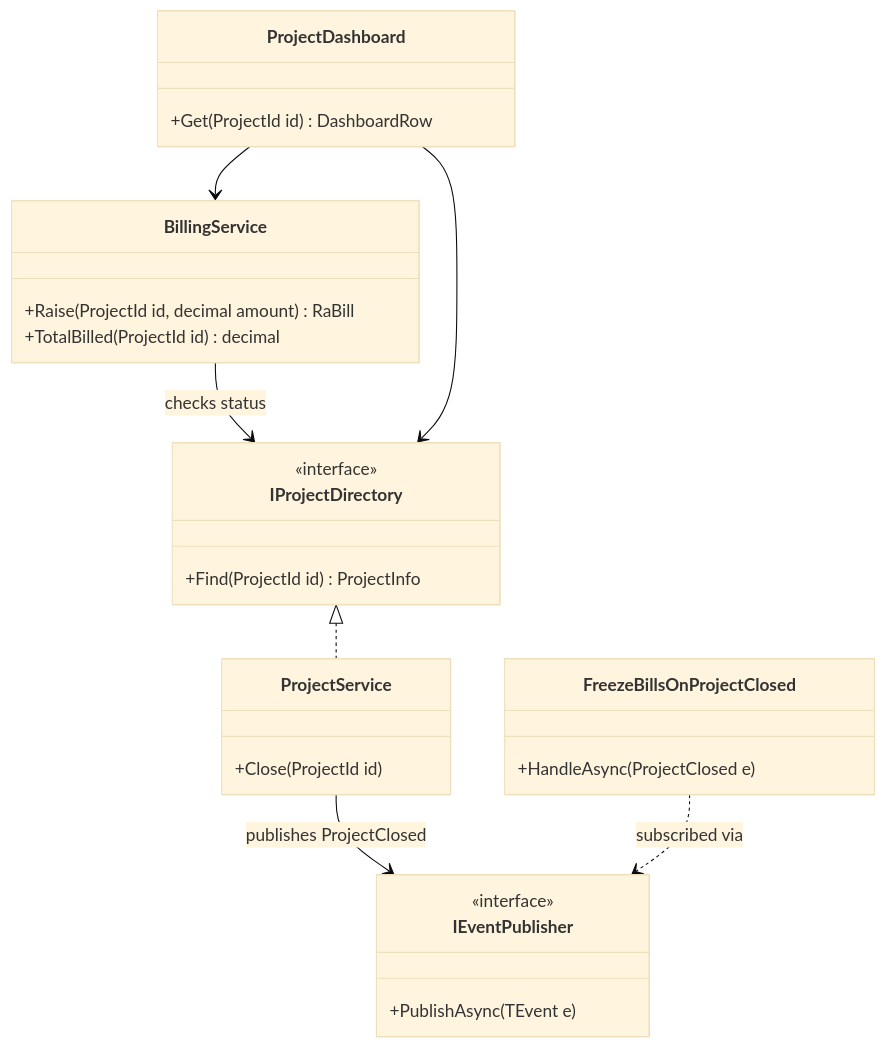
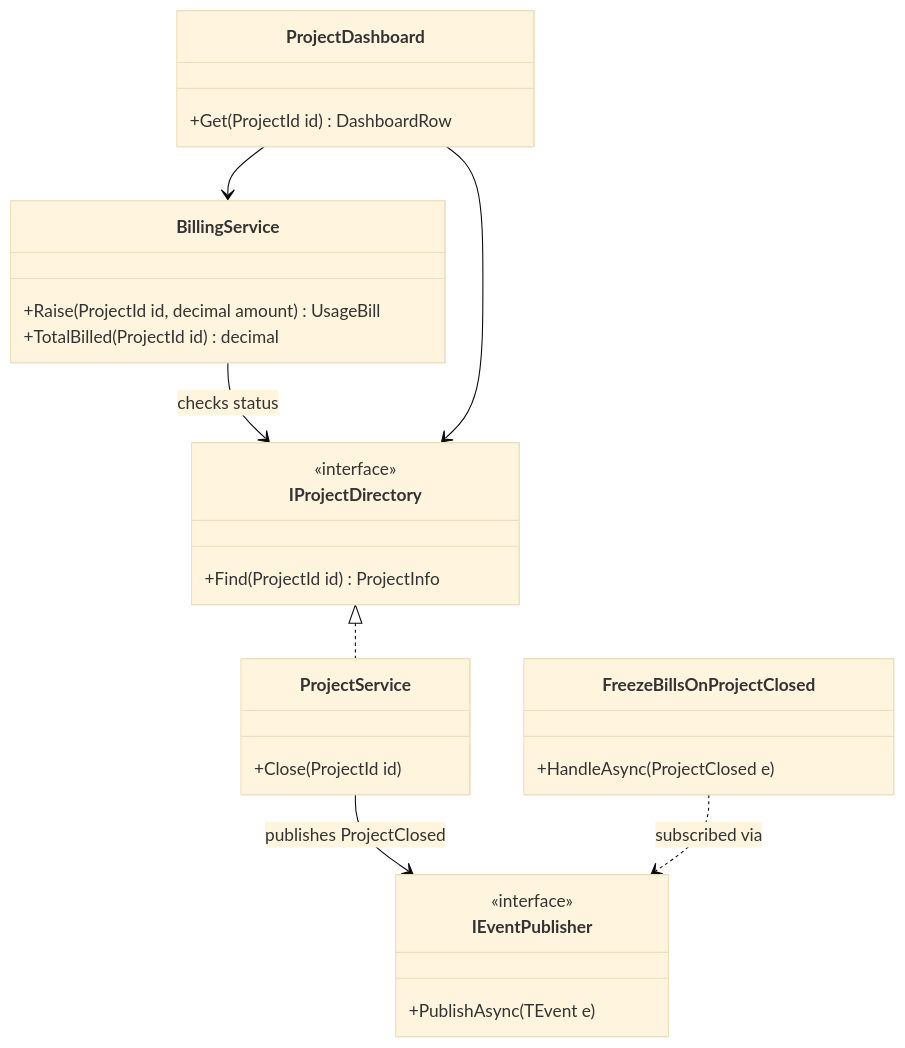
One commit to rizwi0786/system-design-lab changed the second of 3 diagrams in content/lessons/m07/m07-dependency-graphs.md. Above: the diagram before and after it, drawn with Mermaid (base theme). The commit also changed other lines of this file and 334 other files, not shown here.

````diff
--- a/content/lessons/m07/m07-dependency-graphs.md
+++ b/content/lessons/m07/m07-dependency-graphs.md
@@ -178,30 +180,30 @@
 ```mermaid
 classDiagram
     class IEventPublisher {
         <<interface>>
         +PublishAsync(TEvent e)
     }
     class IProjectDirectory {
         <<interface>>
         +Find(ProjectId id) ProjectInfo
     }
     class ProjectService {
         +Close(ProjectId id)
     }
     class BillingService {
-        +Raise(ProjectId id, decimal amount) RaBill
+        +Raise(ProjectId id, decimal amount) UsageBill
         +TotalBilled(ProjectId id) decimal
     }
     class FreezeBillsOnProjectClosed {
         +HandleAsync(ProjectClosed e)
     }
     class ProjectDashboard {
         +Get(ProjectId id) DashboardRow
     }
     IProjectDirectory <|.. ProjectService
     ProjectService --> IEventPublisher : publishes ProjectClosed
     BillingService --> IProjectDirectory : checks status
     FreezeBillsOnProjectClosed ..> IEventPublisher : subscribed via
     ProjectDashboard --> IProjectDirectory
     ProjectDashboard --> BillingService
 ```
````
